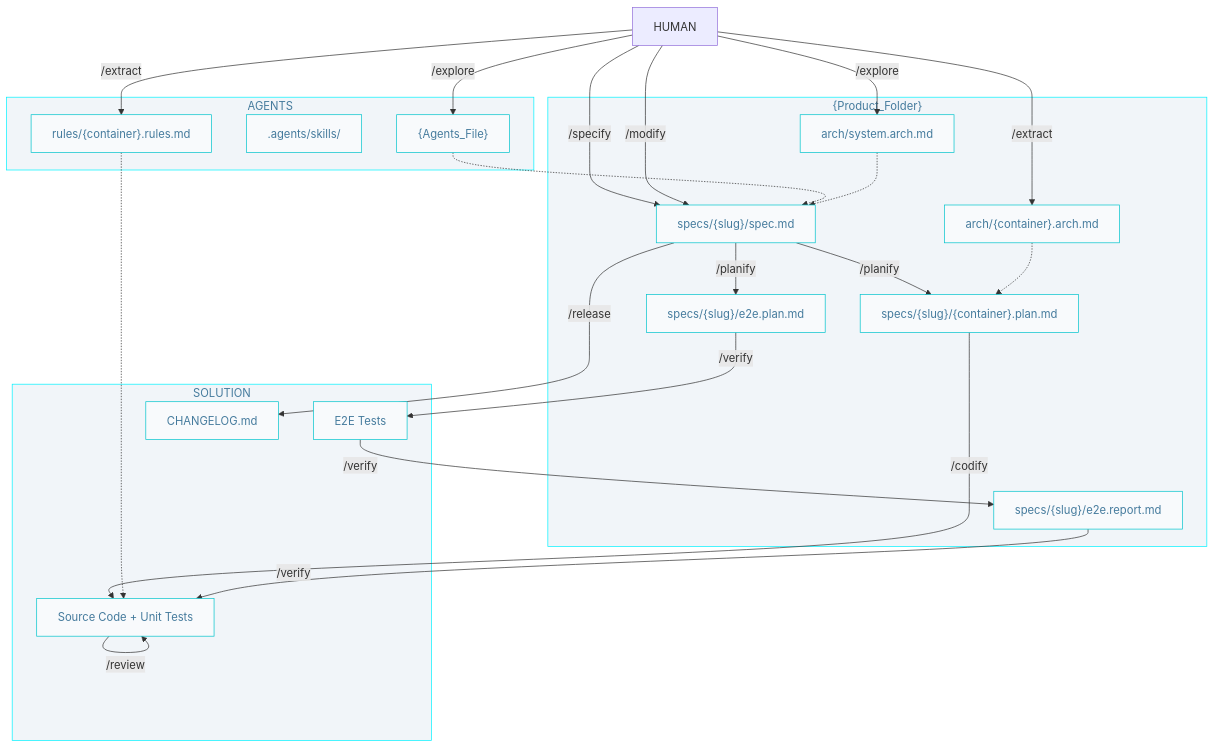
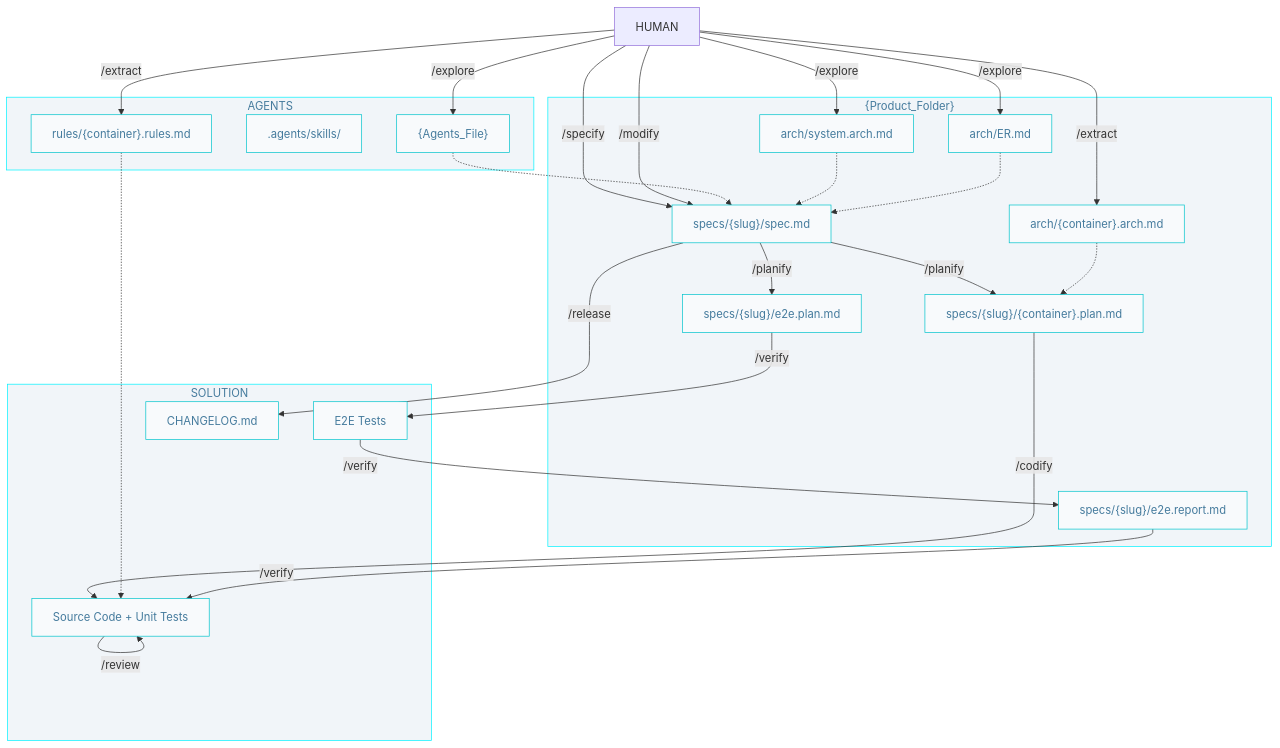
Before and after one commit to AIDDbot/AIDDbot: the diagram in docs/AIDD.workflow.md, drawn with Mermaid. The commit also changed other lines of this file and 13 other files, not shown here.

First line of the commit message:
docs: update Explore skill documentation to include ER diagram and refine templates

````diff
--- a/docs/AIDD.workflow.md
+++ b/docs/AIDD.workflow.md
@@ -3,50 +3,53 @@
 ```mermaid
 flowchart TD
   classDef nd fill:#f8fafc,stroke:#00c4cc,color:#457b9d
   classDef sg fill:#f1f5f9,stroke:#00f2ff,color:#457b9d 
 
   HUM[HUMAN]
 
   subgraph A["AGENTS"]
       AGT["{Agents_File}"]:::nd
       SKL[".agents/skills/"]:::nd
       RUL["rules/{container}.rules.md"]:::nd
   end  
 
   subgraph P["{Product_Folder}"]
       ARC["arch/system.arch.md"]:::nd
+      ERD["arch/ER.md"]:::nd
       CAR["arch/{container}.arch.md"]:::nd
       SPC["specs/{slug}/spec.md"]:::nd
       PLN["specs/{slug}/{container}.plan.md"]:::nd
       EPL["specs/{slug}/e2e.plan.md"]:::nd
       RPT["specs/{slug}/e2e.report.md"]:::nd
   end
 
   subgraph S["SOLUTION"]
       COD["Source Code + Unit Tests"]:::nd
       E2E["E2E Tests"]:::nd
       CHL["CHANGELOG.md"]:::nd
   end
 
   HUM -->|/explore| AGT
   HUM -->|/explore| ARC
+  HUM -->|/explore| ERD
   HUM -->|/extract| CAR
   HUM -->|/extract| RUL
   HUM -->|/specify| SPC
   HUM -->|/modify| SPC
   AGT -.-> SPC
   ARC -.-> SPC
+  ERD -.-> SPC
   SPC -->|/planify| PLN
   SPC -->|/planify| EPL
   CAR -.-> PLN
 
   PLN -->|/codify| COD
   RUL -.-> COD
   EPL -->|/verify| E2E
   E2E -->|/verify| RPT
   RPT -->|/verify| COD
   COD -->|/review| COD
   SPC -->|/release| CHL
 
   class P,A,S sg
 ```
````
